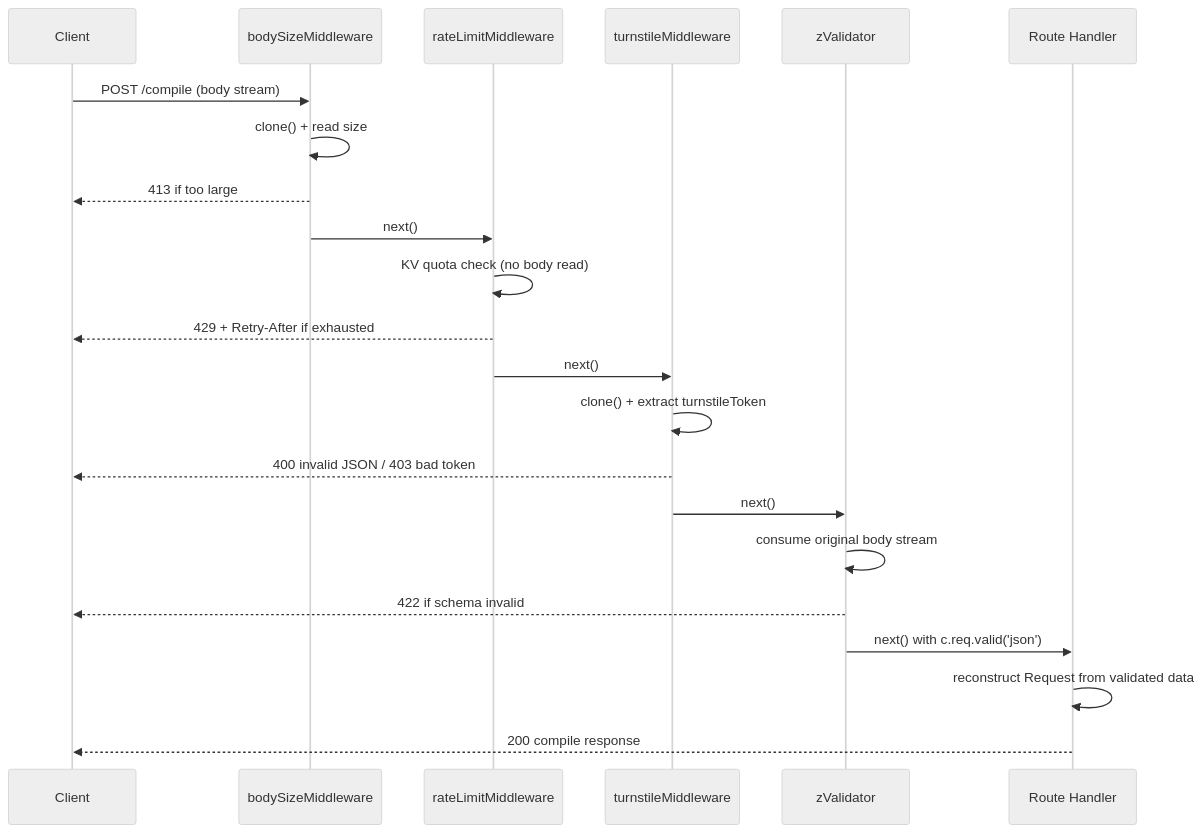
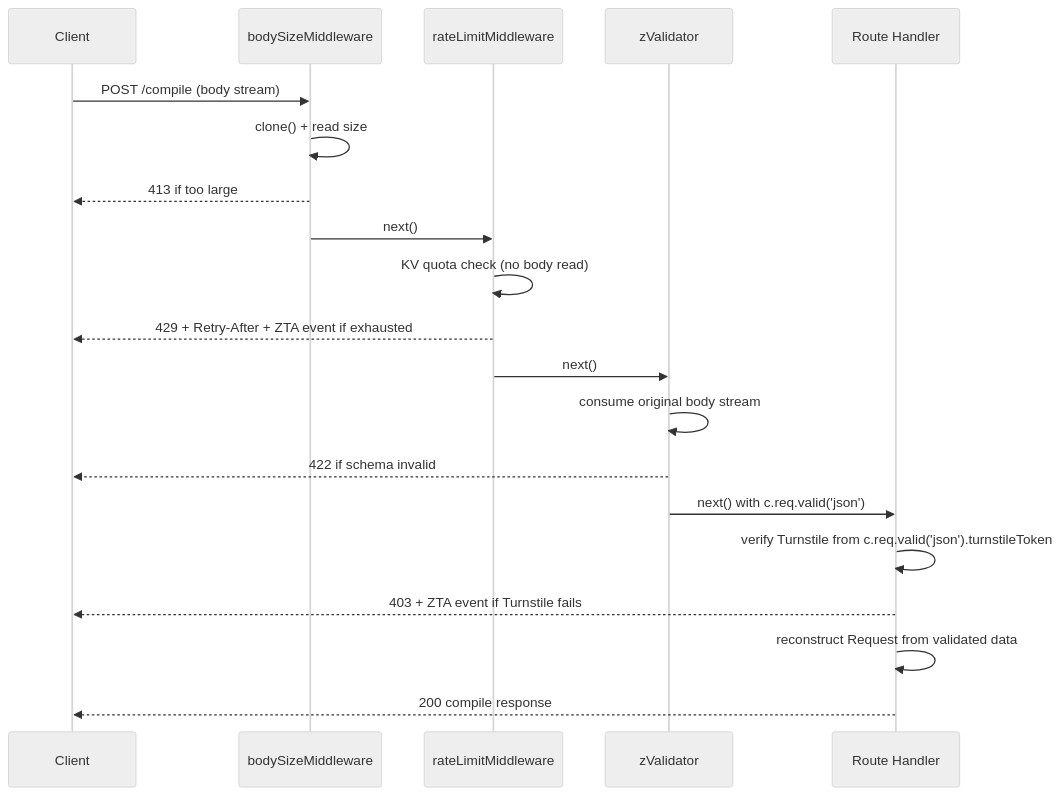
The second of 2 diagrams in docs/architecture/hono-routing.md (jaypatrick/adblock-compiler), drawn with Mermaid (neutral theme) before and after one commit. The commit also changed other lines of this file and 3 other files, not shown here.

````diff
--- a/docs/architecture/hono-routing.md
+++ b/docs/architecture/hono-routing.md
@@ -88,25 +88,23 @@
 ```mermaid
 sequenceDiagram
     participant C as Client
     participant B as bodySizeMiddleware
     participant R as rateLimitMiddleware
-    participant T as turnstileMiddleware
     participant Z as zValidator
     participant H as Route Handler
 
     C->>B: POST /compile (body stream)
     B->>B: clone() + read size
     B-->>C: 413 if too large
     B->>R: next()
     R->>R: KV quota check (no body read)
-    R-->>C: 429 + Retry-After if exhausted
-    R->>T: next()
-    T->>T: clone() + extract turnstileToken
-    T-->>C: 400 invalid JSON / 403 bad token
-    T->>Z: next()
+    R-->>C: 429 + Retry-After + ZTA event if exhausted
+    R->>Z: next()
     Z->>Z: consume original body stream
     Z-->>C: 422 if schema invalid
     Z->>H: next() with c.req.valid('json')
+    H->>H: verify Turnstile from c.req.valid('json').turnstileToken
+    H-->>C: 403 + ZTA event if Turnstile fails
     H->>H: reconstruct Request from validated data
     H-->>C: 200 compile response
 ```
````
